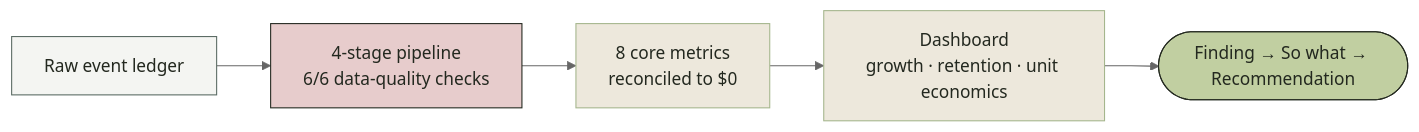
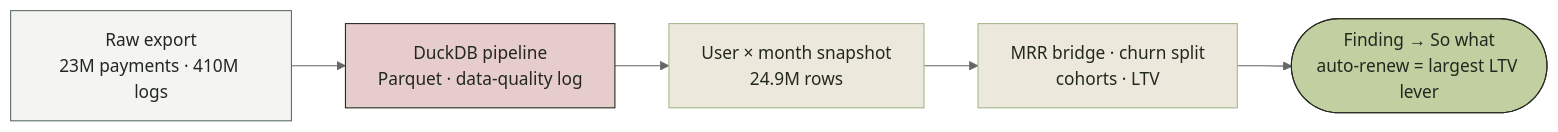
Before and after one commit to handao2303/handao2303: diagram 11 of 11 in README.md, drawn with Mermaid (neutral theme). The commit also changed other lines of this file, not shown here.

Commit message:
Replace TaskFlow with KKBox Subscription Analytics (real 430M-row data)

````diff
--- a/README.md
+++ b/README.md
@@ -285,11 +290,11 @@
 ```mermaid
 flowchart LR
-    L["Raw event ledger"]:::in --> P["4-stage pipeline<br/>6/6 data-quality checks"]:::hub
-    P --> M["8 core metrics<br/>reconciled to $0"]:::step
-    M --> D["Dashboard<br/>growth · retention · unit economics"]:::step
-    D --> R(["Finding → So what → Recommendation"]):::out
+    R["Raw export<br/>23M payments · 410M logs"]:::in --> P["DuckDB pipeline<br/>Parquet · data-quality log"]:::hub
+    P --> S["User × month snapshot<br/>24.9M rows"]:::step
+    S --> M["MRR bridge · churn split<br/>cohorts · LTV"]:::step
+    M --> F(["Finding → So what<br/>auto-renew = largest LTV lever"]):::out
     classDef in fill:#F4F5F2,stroke:#5A6A63,color:#23281F
     classDef step fill:#EDE8DC,stroke:#A5B68D,color:#23281F
     classDef hub fill:#E7CCCC,stroke:#23281F,color:#23281F
     classDef out fill:#C1CFA1,stroke:#23281F,color:#23281F
 ```
````
